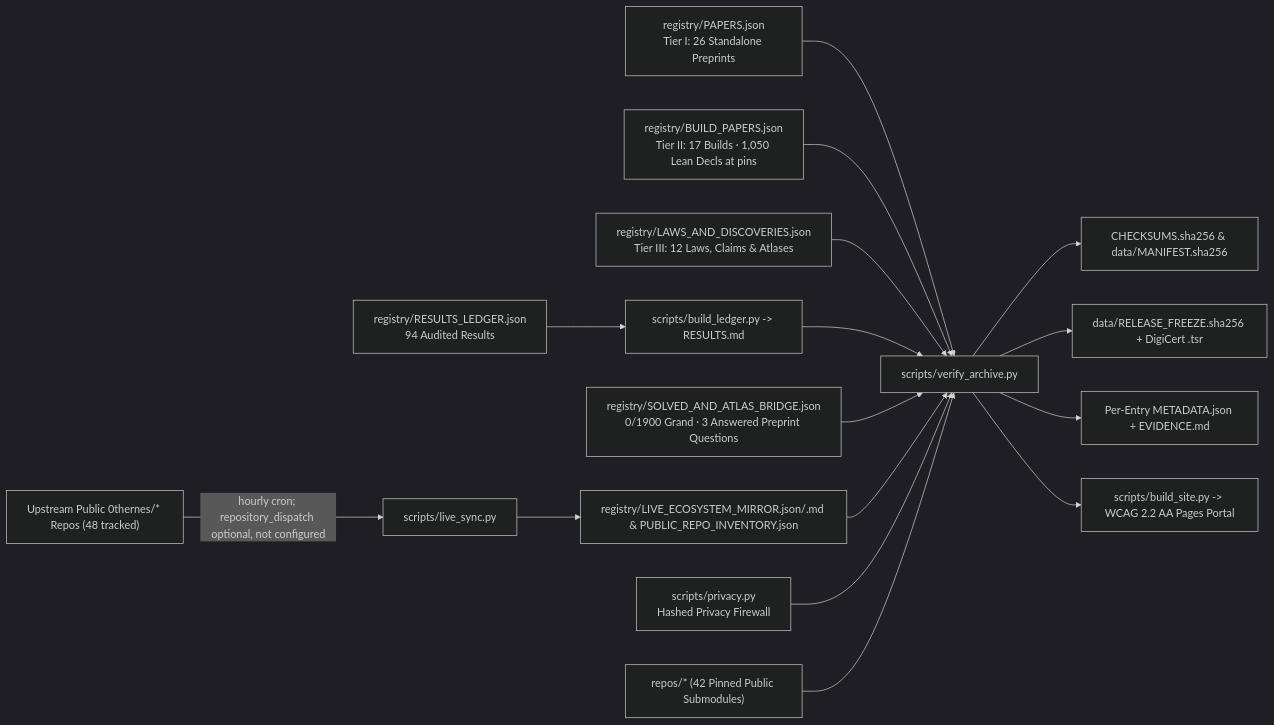
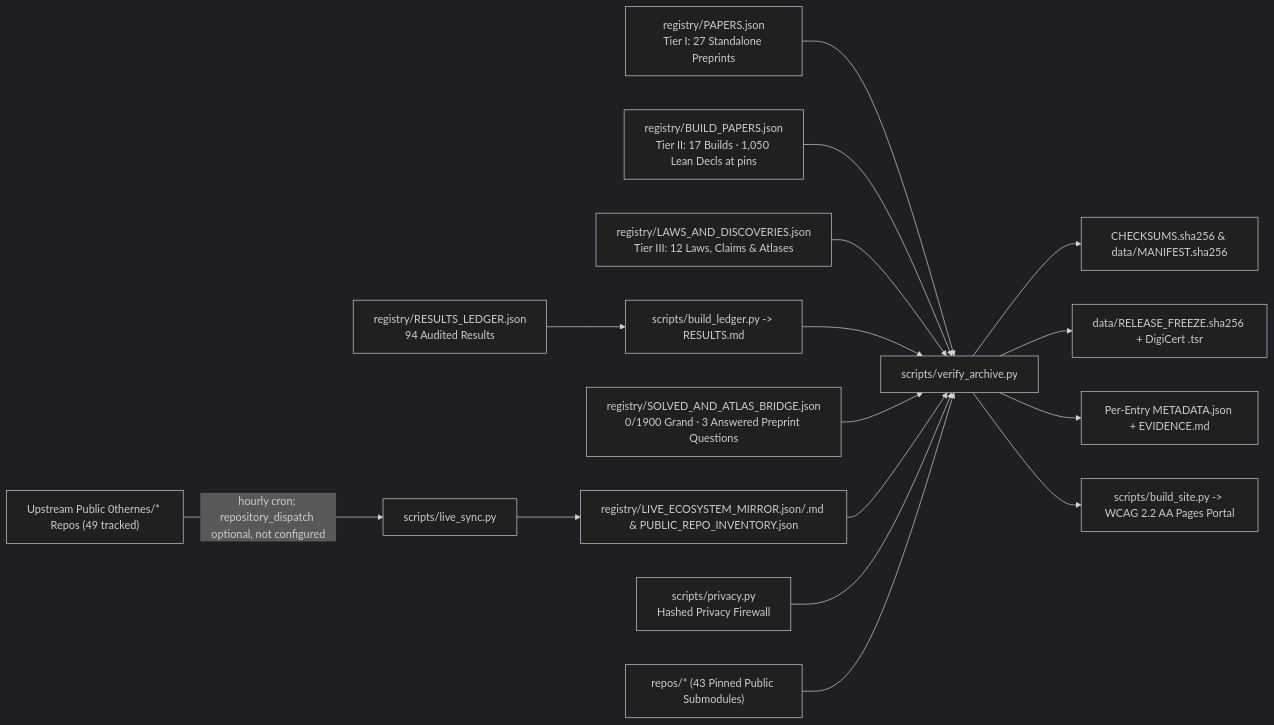
One commit to 0thernes/0thernes-research-archive changed the diagram in docs/architecture.md. Above: the diagram before and after it, drawn with Mermaid (dark theme). The commit also changed other lines of this file and 19 other files, not shown here.

````diff
--- a/docs/architecture.md
+++ b/docs/architecture.md
@@ -5,18 +5,18 @@
 ```mermaid
 flowchart LR
-    UP["Upstream Public 0thernes/* Repos (48 tracked)"] -->|hourly cron; repository_dispatch optional, not configured| LS["scripts/live_sync.py"]
-    R1["registry/PAPERS.json<br/>Tier I: 26 Standalone Preprints"] --> V["scripts/verify_archive.py"]
+    UP["Upstream Public 0thernes/* Repos (49 tracked)"] -->|hourly cron; repository_dispatch optional, not configured| LS["scripts/live_sync.py"]
+    R1["registry/PAPERS.json<br/>Tier I: 27 Standalone Preprints"] --> V["scripts/verify_archive.py"]
     R2["registry/BUILD_PAPERS.json<br/>Tier II: 17 Builds · 1,050 Lean Decls at pins"] --> V
     R3["registry/LAWS_AND_DISCOVERIES.json<br/>Tier III: 12 Laws, Claims & Atlases"] --> V
     RL["registry/RESULTS_LEDGER.json<br/>94 Audited Results"] --> BL["scripts/build_ledger.py -> RESULTS.md"]
     BL --> V
     BR["registry/SOLVED_AND_ATLAS_BRIDGE.json<br/>0/1900 Grand · 3 Answered Preprint Questions"] --> V
     LS --> LM["registry/LIVE_ECOSYSTEM_MIRROR.json/.md & PUBLIC_REPO_INVENTORY.json"]
     LM --> V
     PR["scripts/privacy.py<br/>Hashed Privacy Firewall"] --> V
-    S["repos/* (42 Pinned Public Submodules)"] --> V
+    S["repos/* (43 Pinned Public Submodules)"] --> V
     V --> C["CHECKSUMS.sha256 & data/MANIFEST.sha256"]
     V --> FZ["data/RELEASE_FREEZE.sha256 + DigiCert .tsr"]
     V --> D["Per-Entry METADATA.json + EVIDENCE.md"]
     V --> P["scripts/build_site.py -> WCAG 2.2 AA Pages Portal"]
 ```
````
